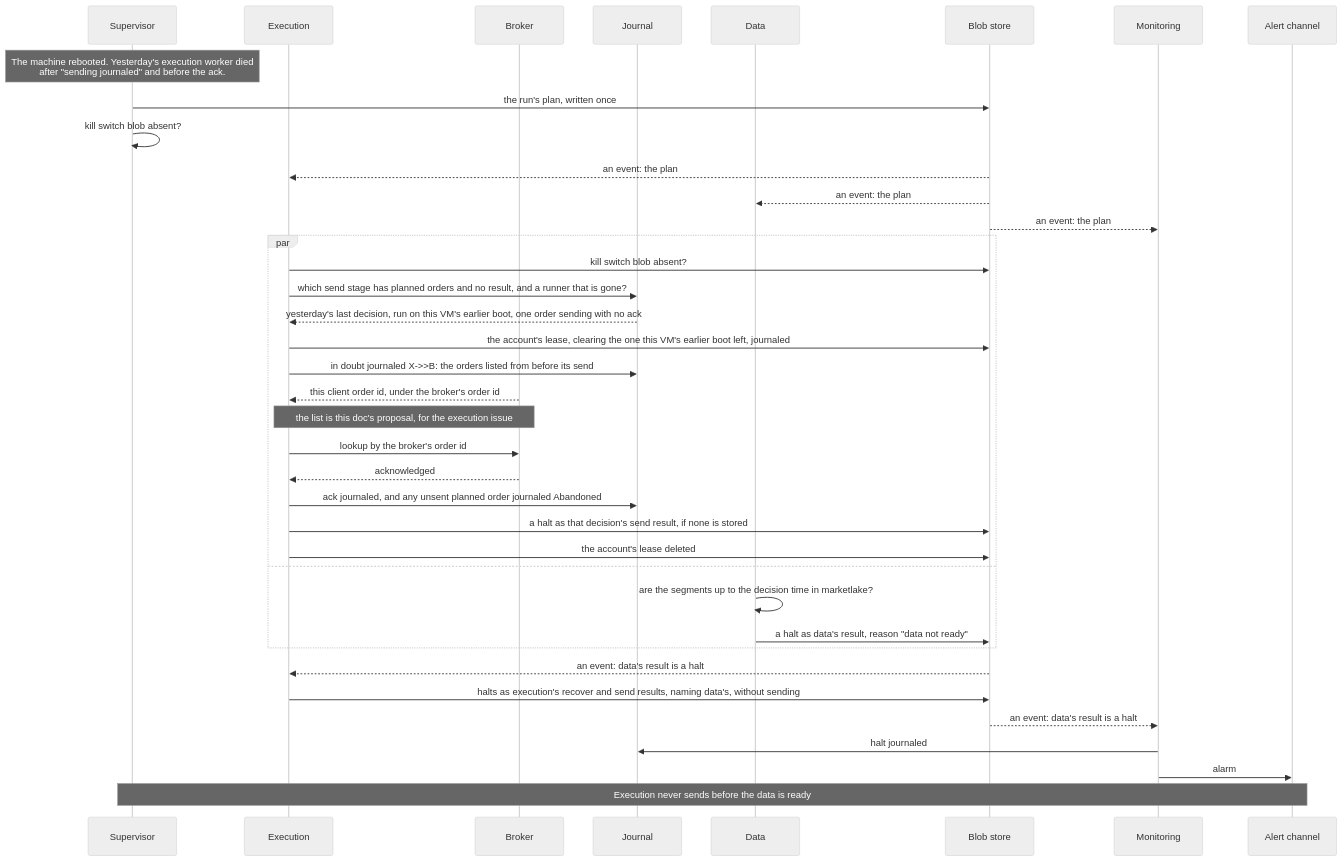
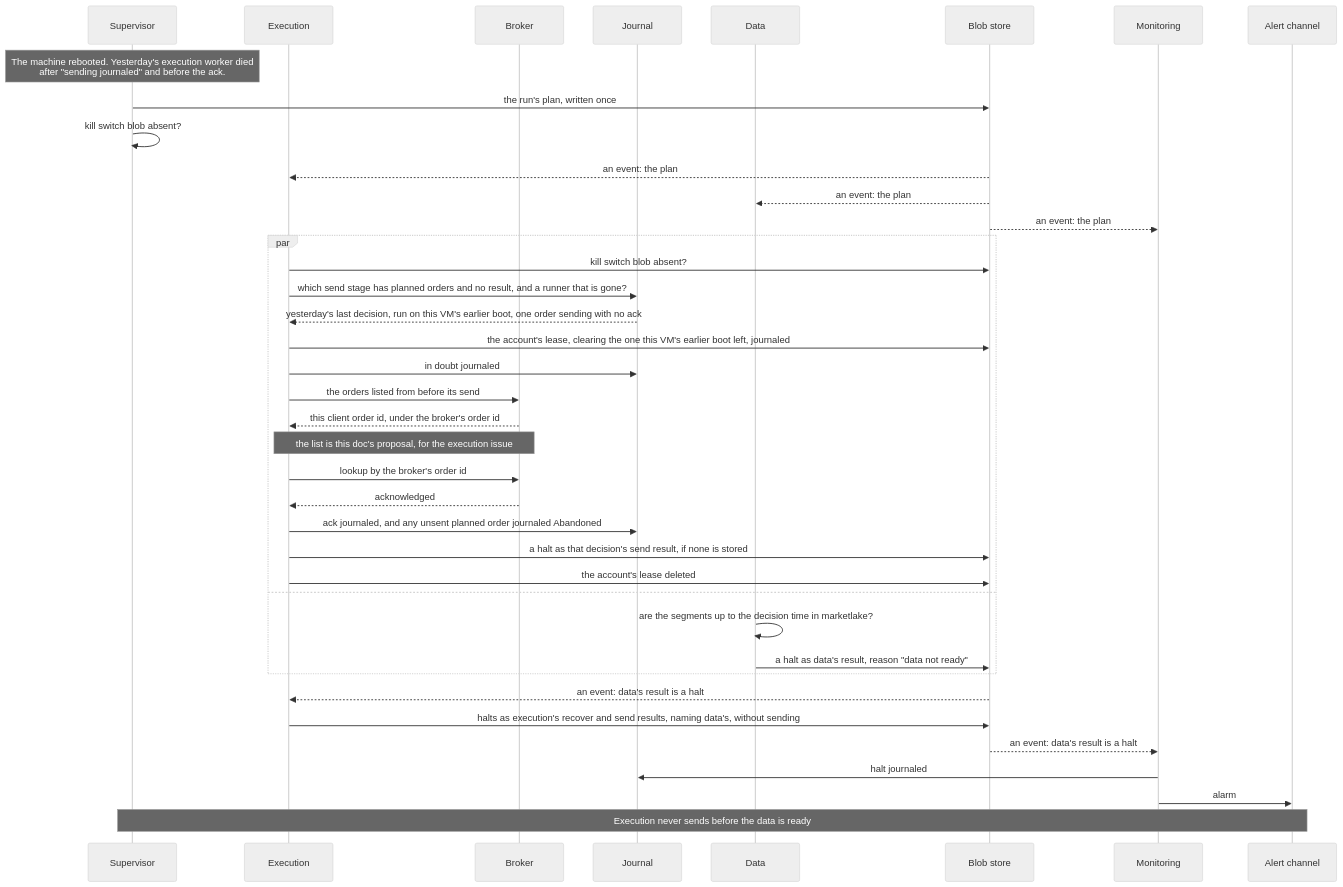
Diagram 22 of 34 in docs/architecture.md (l3a0/ithildin-runtime), drawn with Mermaid (neutral theme) before and after one commit. The commit also changed other lines of this file and 2 other files, not shown here.

````diff
--- a/docs/architecture.md
+++ b/docs/architecture.md
@@ -1240,41 +1241,42 @@
 ```mermaid
 sequenceDiagram
     participant V as Supervisor
     participant X as Execution
     participant B as Broker
     participant J as Journal
     participant D as Data
     participant F as Blob store
     participant M as Monitoring
     participant L as Alert channel
 
     Note over V: The machine rebooted. Yesterday's execution worker died<br/>after "sending journaled" and before the ack.
     V->>F: the run's plan, written once
     V->>V: kill switch blob absent?
     F-->>X: an event: the plan
     F-->>D: an event: the plan
     F-->>M: an event: the plan
     par
         X->>F: kill switch blob absent?
         X->>J: which send stage has planned orders and no result, and a runner that is gone?
         J-->>X: yesterday's last decision, run on this VM's earlier boot, one order sending with no ack
         X->>F: the account's lease, clearing the one this VM's earlier boot left, journaled
-        X->>J: in doubt journaled        X->>B: the orders listed from before its send
+        X->>J: in doubt journaled
+        X->>B: the orders listed from before its send
         B-->>X: this client order id, under the broker's order id
         Note over X,B: the list is this doc's proposal, for the execution issue
         X->>B: lookup by the broker's order id
         B-->>X: acknowledged
         X->>J: ack journaled, and any unsent planned order journaled Abandoned
         X->>F: a halt as that decision's send result, if none is stored
         X->>F: the account's lease deleted
     and
         D->>D: are the segments up to the decision time in marketlake?
         D->>F: a halt as data's result, reason "data not ready"
     end
     F-->>X: an event: data's result is a halt
     X->>F: halts as execution's recover and send results, naming data's, without sending
     F-->>M: an event: data's result is a halt
     M->>J: halt journaled
     M->>L: alarm
     Note over V,L: Execution never sends before the data is ready
 ```
````
